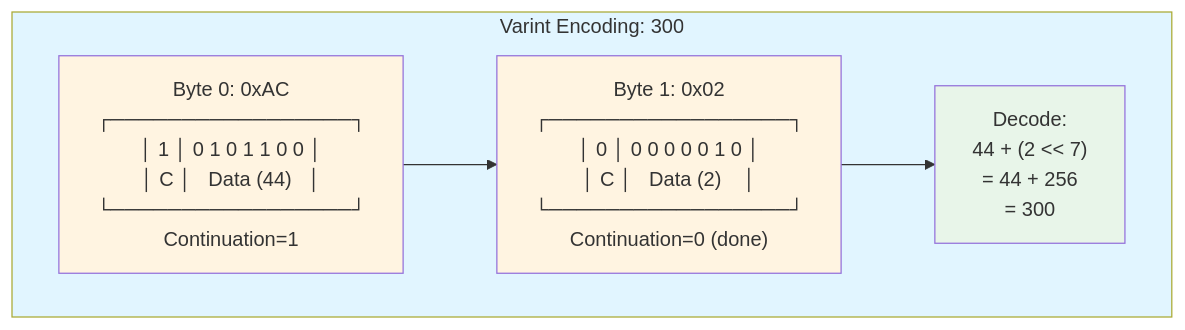
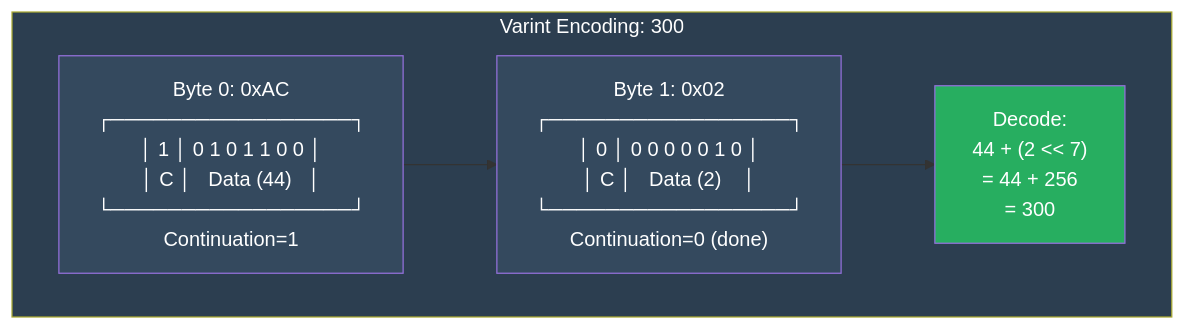
One commit to Mikedan37/BlazeBinary changed the fifth of 19 diagrams in README.md. Above: the diagram before and after it, drawn with Mermaid. The commit also changed other lines of this file and 11 other files, not shown here.

First line of the commit message:
Improve Mermaid diagrams and code display formatting

````diff
--- a/README.md
+++ b/README.md
@@ -306,16 +306,16 @@
 ```mermaid
 graph TD
     subgraph Varint["Varint Encoding: 300"]
         Byte0["Byte 0: 0xAC<br/>┌─────────────────┐<br/>│ 1 │ 0 1 0 1 1 0 0 │<br/>│ C │   Data (44)   │<br/>└─────────────────┘<br/>Continuation=1"]
         Byte1["Byte 1: 0x02<br/>┌─────────────────┐<br/>│ 0 │ 0 0 0 0 0 1 0 │<br/>│ C │   Data (2)    │<br/>└─────────────────┘<br/>Continuation=0 (done)"]
         Decode["Decode:<br/>44 + (2 << 7)<br/>= 44 + 256<br/>= 300"]
         
         Byte0 --> Byte1
         Byte1 --> Decode
     end
     
-    style Varint fill:#e1f5ff
-    style Byte0 fill:#fff4e1
-    style Byte1 fill:#fff4e1
-    style Decode fill:#e8f5e9
+    style Varint fill:#2c3e50,color:#ffffff
+    style Byte0 fill:#34495e,color:#ffffff
+    style Byte1 fill:#34495e,color:#ffffff
+    style Decode fill:#27ae60,color:#ffffff
 ```
````
